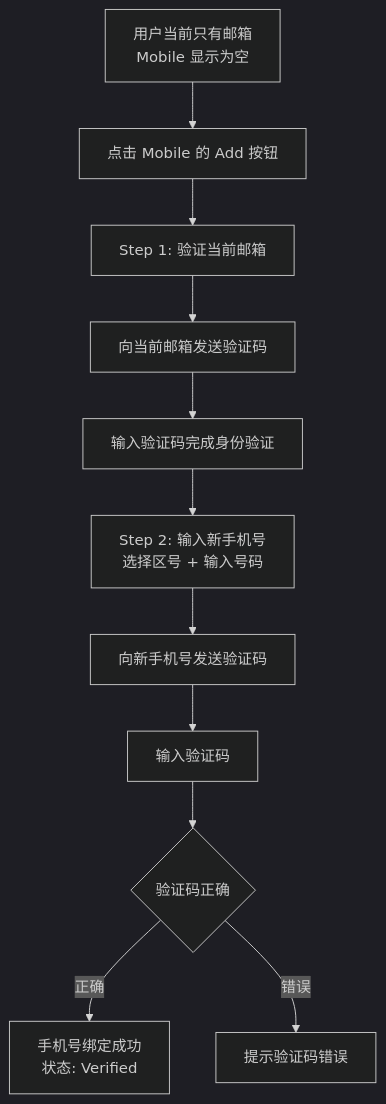
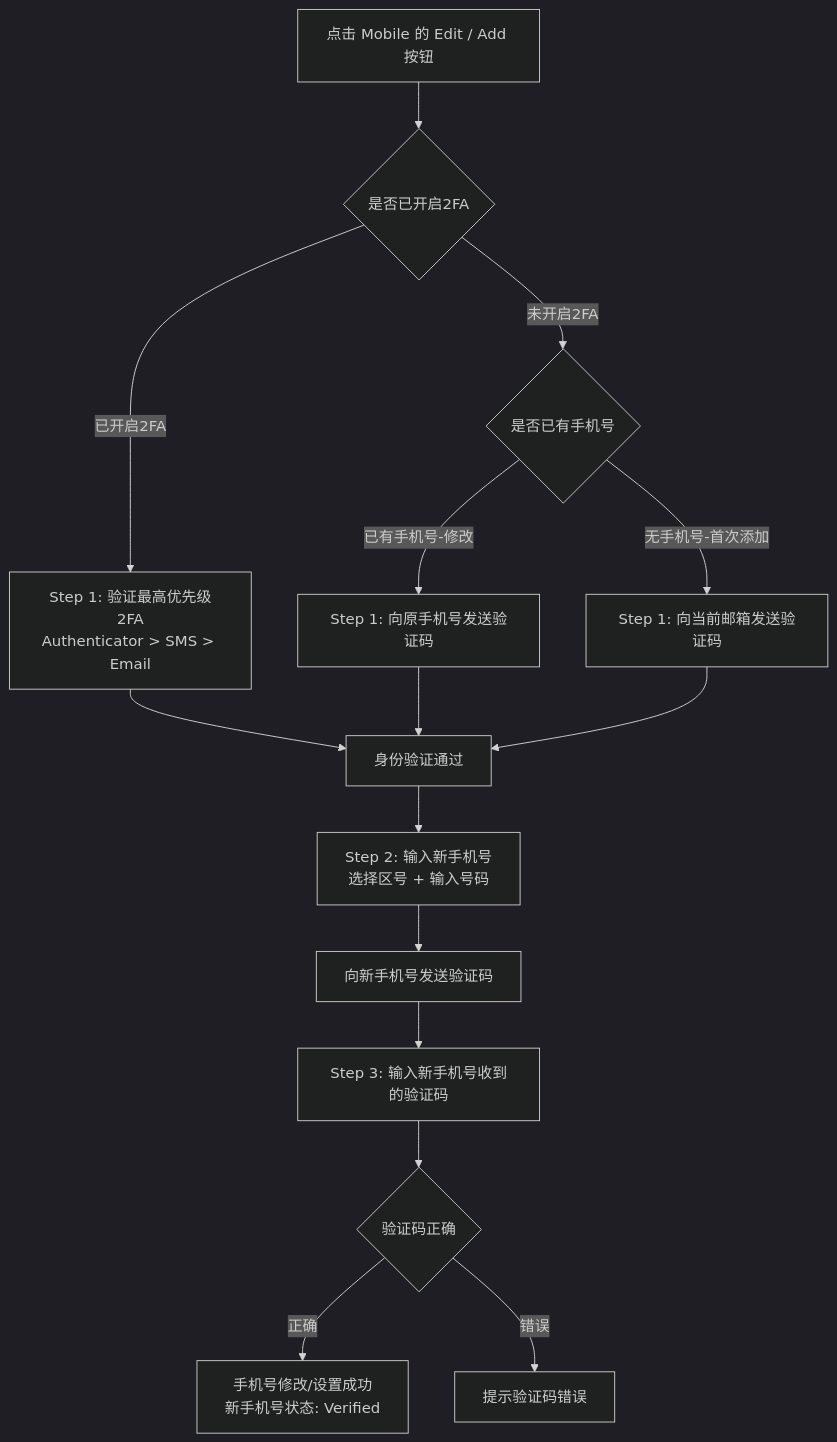
Before and after one commit to xiaoxiaoangie/EX-NEW: the tenth of 25 diagrams in SigninLogin/prd/MP-register.md, drawn with Mermaid (dark theme). The commit also changed other lines of this file and 72 other files, not shown here.

````diff
--- a/SigninLogin/prd/MP-register.md
+++ b/SigninLogin/prd/MP-register.md
@@ -477,16 +472,22 @@
 ```mermaid
 flowchart TD
-    A[用户当前只有邮箱<br/>Mobile 显示为空] --> B[点击 Mobile 的 Add 按钮]
+    A[点击 Mobile 的 Edit / Add 按钮] --> B{是否已开启2FA}
 
-    B --> C[Step 1: 验证当前邮箱]
-    C --> D[向当前邮箱发送验证码]
-    D --> E[输入验证码完成身份验证]
+    B -->|已开启2FA| C[Step 1: 验证最高优先级2FA<br/>Authenticator > SMS > Email]
+    B -->|未开启2FA| D{是否已有手机号}
+
+    D -->|已有手机号-修改| D1[Step 1: 向原手机号发送验证码]
+    D -->|无手机号-首次添加| D2[Step 1: 向当前邮箱发送验证码]
+
+    C --> E[身份验证通过]
+    D1 --> E
+    D2 --> E
 
     E --> F[Step 2: 输入新手机号<br/>选择区号 + 输入号码]
     F --> G[向新手机号发送验证码]
-    G --> H[输入验证码]
+    G --> H[Step 3: 输入新手机号收到的验证码]
     H --> I{验证码正确}
 
-    I -->|正确| J[手机号绑定成功<br/>状态: Verified]
+    I -->|正确| J[手机号修改/设置成功<br/>新手机号状态: Verified]
     I -->|错误| H1[提示验证码错误]
 ```
````
